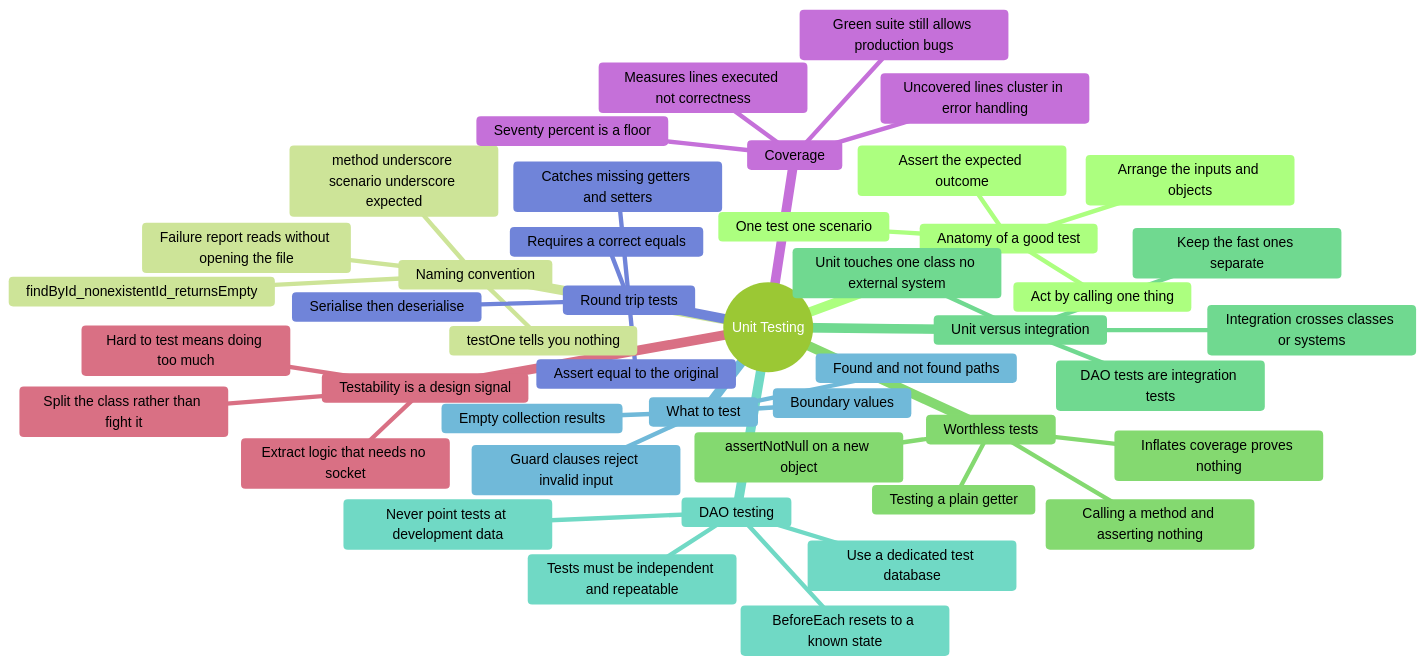
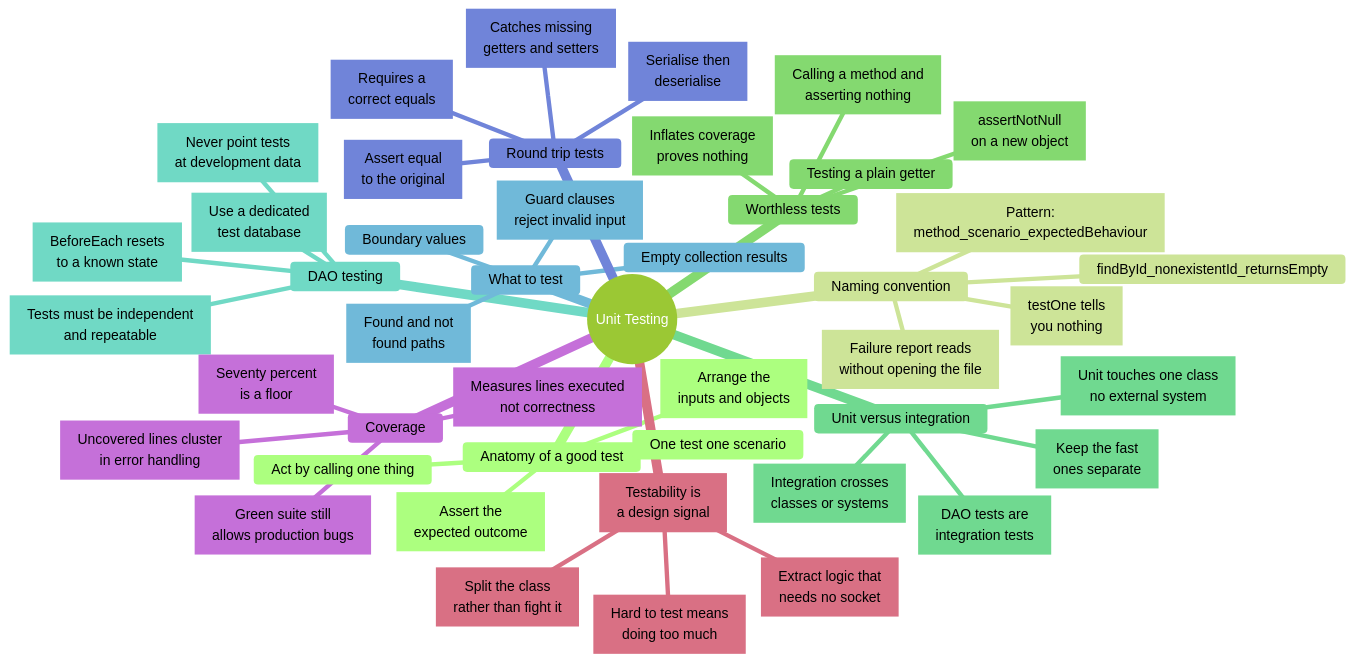
Before and after one commit to nmcguinness/L8-OOP-Module-Content: the first of 3 diagrams in notes/shared/mind maps/revision_t23_t25.md, drawn with Mermaid. The commit also changed other lines of this file and 421 other files, not shown here.

Commit message:
Updated mermaid diagrams and note layout for topics 9-24.

````diff
--- a/notes/shared/mind maps/revision_t23_t25.md
+++ b/notes/shared/mind maps/revision_t23_t25.md
@@ -38,59 +30,89 @@
 title: "Unit Testing"
 accDescr: "Mind map of Unit Testing. Branches: Anatomy of a good test; Naming convention; Worthless tests; Unit versus integration; DAO testing; What to test; Round trip tests; Coverage; Testability is a design signal."
 ---
-%%{init: { "theme": "forest" }}%%
+%%{init: { "theme": "forest", "markdownAutoWrap": false, "mindmap": { "maxNodeWidth": 300 } }}%%
 mindmap
   root((Unit Testing))
     Anatomy of a good test
-      Arrange the inputs and objects
+      n1["`Arrange the
+      inputs and objects`"]
       Act by calling one thing
-      Assert the expected outcome
+      n2["`Assert the
+      expected outcome`"]
       One test one scenario
 
     Naming convention
-      method underscore scenario underscore expected
+      n3["`Pattern:
+      method_scenario_expectedBehaviour`"]
       findById_nonexistentId_returnsEmpty
-      Failure report reads without opening the file
-      testOne tells you nothing
+      n4["`Failure report reads
+      without opening the file`"]
+      n5["`testOne tells
+      you nothing`"]
 
     Worthless tests
-      assertNotNull on a new object
+      n6["`assertNotNull
+      on a new object`"]
       Testing a plain getter
-      Calling a method and asserting nothing
-      Inflates coverage proves nothing
+      n7["`Calling a method and
+      asserting nothing`"]
+      n8["`Inflates coverage
+      proves nothing`"]
 
     Unit versus integration
-      Unit touches one class no external system
-      Integration crosses classes or systems
-      DAO tests are integration tests
-      Keep the fast ones separate
+      n9["`Unit touches one class
+      no external system`"]
+      n10["`Integration crosses
+      classes or systems`"]
+      n11["`DAO tests are
+      integration tests`"]
+      n12["`Keep the fast
+      ones separate`"]
 
     DAO testing
-      Use a dedicated test database
-      BeforeEach resets to a known state
-      Never point tests at development data
-      Tests must be independent and repeatable
+      n13["`Use a dedicated
+      test database`"]
+      n14["`BeforeEach resets
+      to a known state`"]
+      n15["`Never point tests
+      at development data`"]
+      n16["`Tests must be independent
+      and repeatable`"]
 
     What to test
-      Guard clauses reject invalid input
-      Found and not found paths
+      n17["`Guard clauses
+      reject invalid input`"]
+      n18["`Found and not
+      found paths`"]
       Empty collection results
       Boundary values
 
     Round trip tests
-      Serialise then deserialise
-      Assert equal to the original
-      Requires a correct equals
-      Catches missing getters and setters
+      n19["`Serialise then
+      deserialise`"]
+      n20["`Assert equal
+      to the original`"]
+      n21["`Requires a
+      correct equals`"]
+      n22["`Catches missing
+      getters and setters`"]
 
     Coverage
-      Measures lines executed not correctness
-      Seventy percent is a floor
-      Uncovered lines cluster in error handling
-      Green suite still allows production bugs
+      n23["`Measures lines executed
+      not correctness`"]
+      n24["`Seventy percent
+      is a floor`"]
+      n25["`Uncovered lines cluster
+      in error handling`"]
+      n26["`Green suite still
+      allows production bugs`"]
 
-    Testability is a design signal
-      Hard to test means doing too much
-      Extract logic that needs no socket
-      Split the class rather than fight it
+    n27["`Testability is
+    a design signal`"]
+      n28["`Hard to test means
+      doing too much`"]
+      n29["`Extract logic that
+      needs no socket`"]
+      n30["`Split the class
+      rather than fight it`"]
 ```
````
